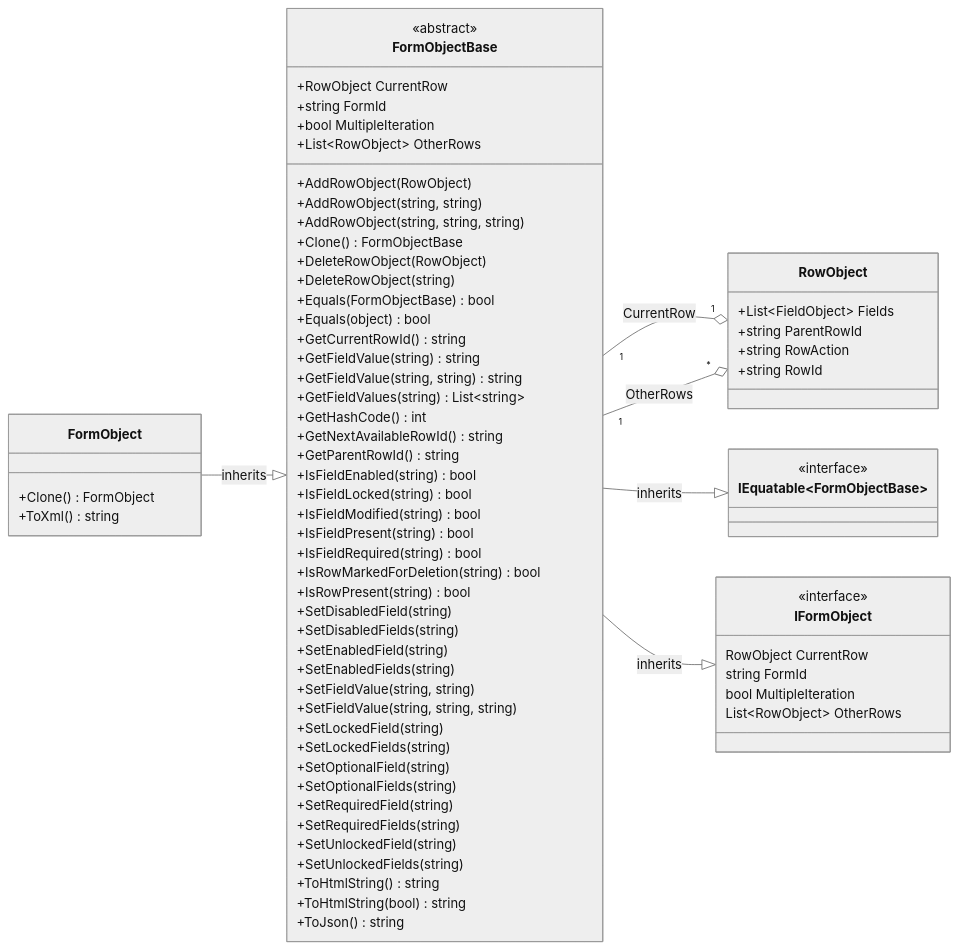
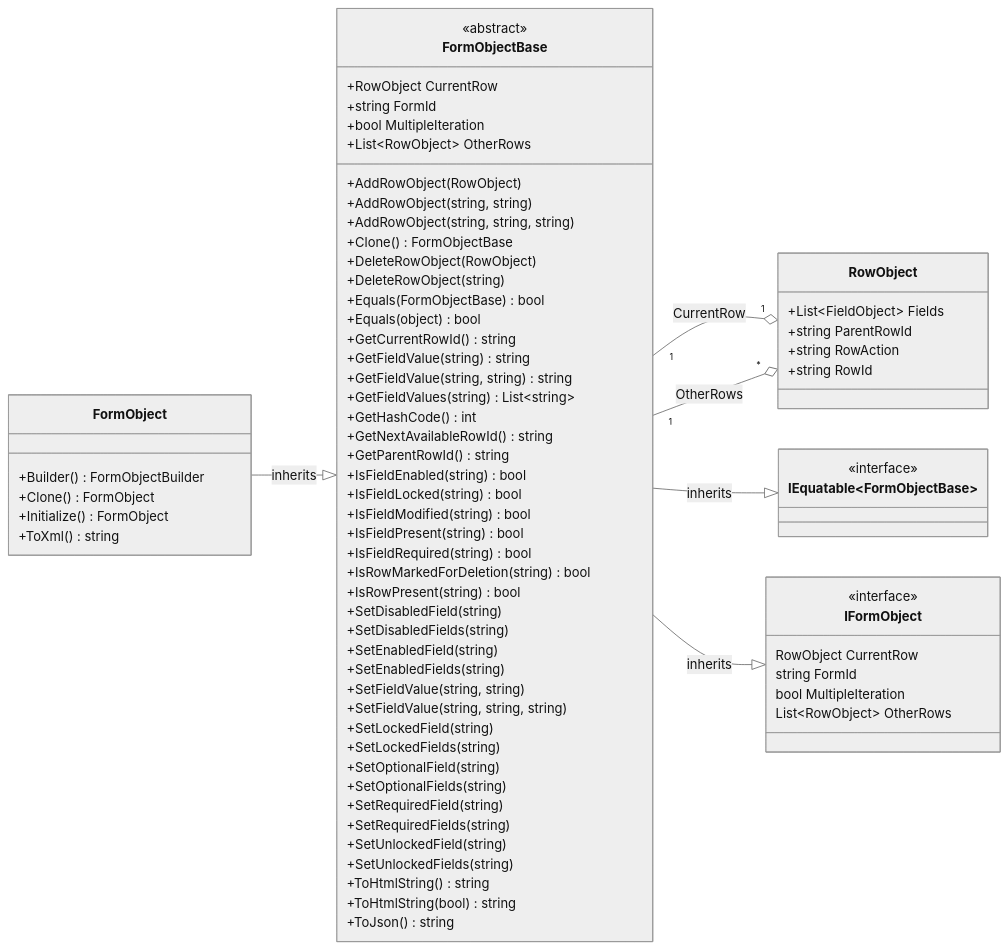
Before and after one commit to rarelysimple/RarelySimple.AvatarScriptLink: the second of 2 diagrams in docs/docs/dotnet/data-model/formobject.mdx, drawn with Mermaid (neutral theme). The commit also changed other lines of this file and 1 other file, not shown here.

```diff
--- a/docs/docs/dotnet/data-model/formobject.mdx
+++ b/docs/docs/dotnet/data-model/formobject.mdx
@@ -177,7 +228,9 @@
 classDiagram
 direction LR
 class FormObject {
+    +Builder() FormObjectBuilder
     +Clone() FormObject
+    +Initialize() FormObject
     +ToXml() string
 }
 
```
